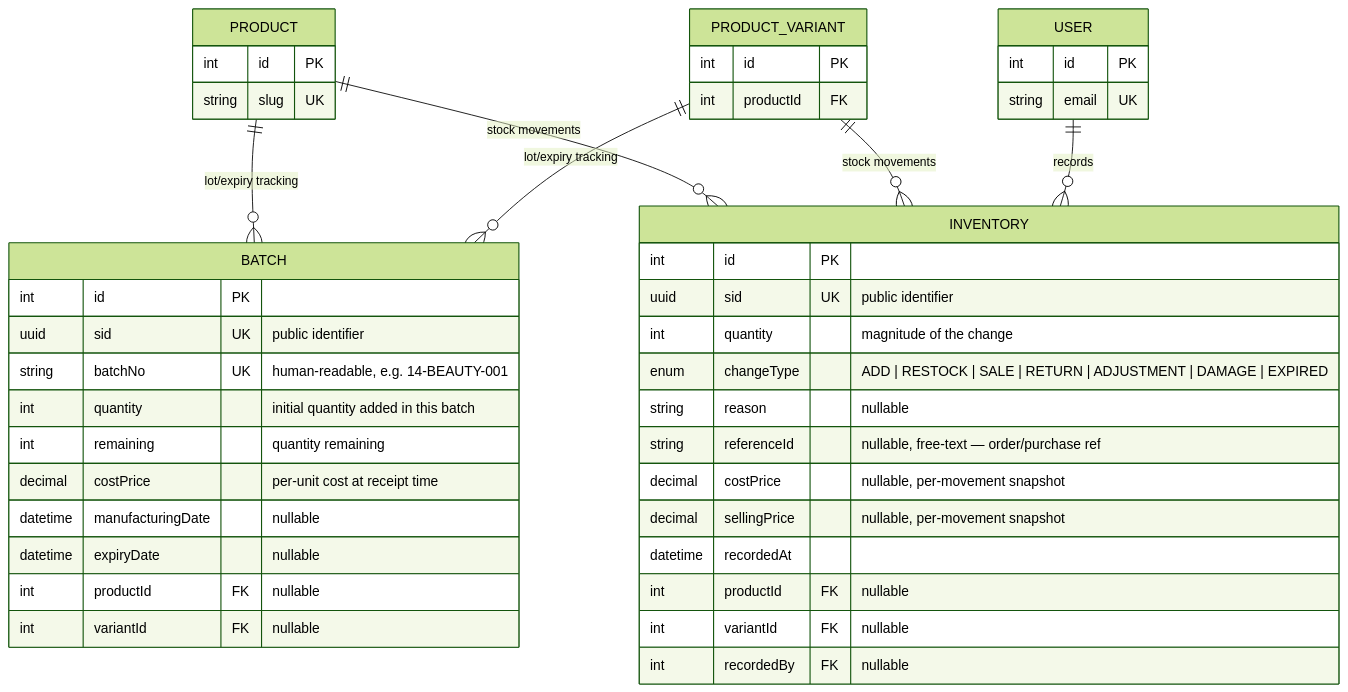
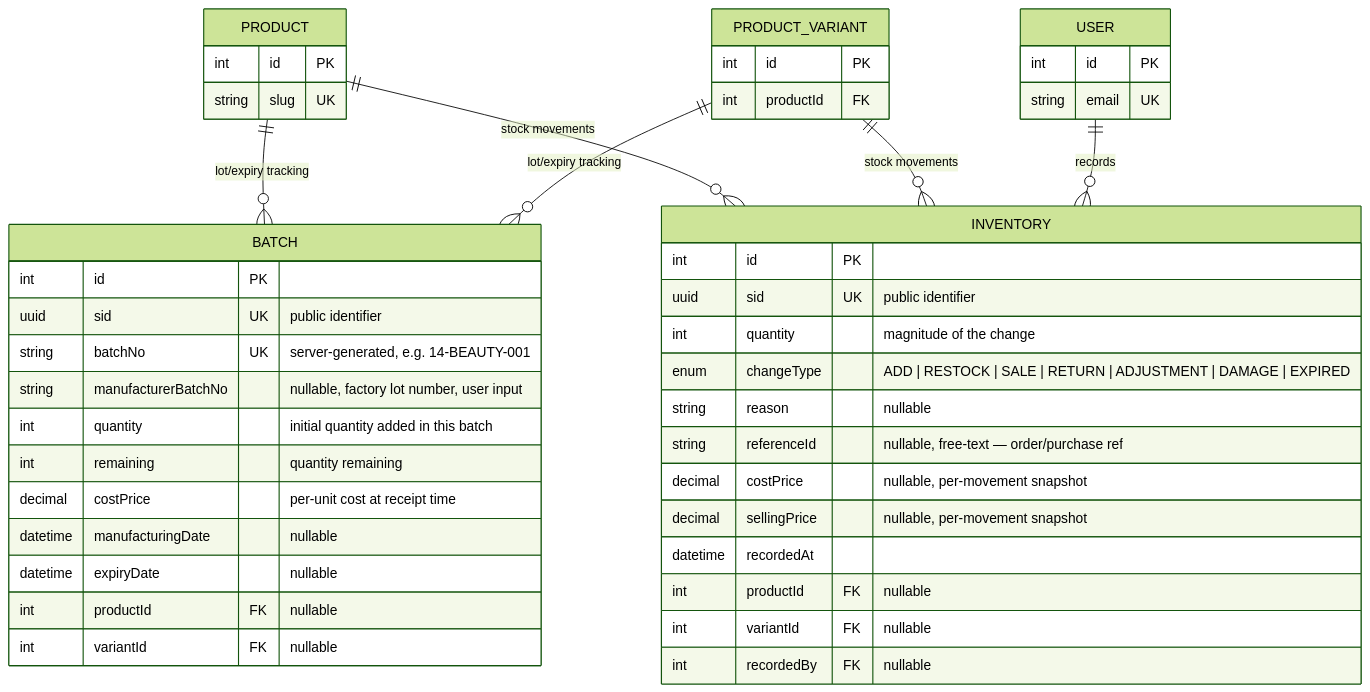
One commit to QuaziSamiha/thai-health-product-server changed the diagram in docs/inventory.md. Above: the diagram before and after it, drawn with Mermaid (forest theme). The commit also changed other lines of this file and 43 other files, not shown here.

````diff
--- a/docs/inventory.md
+++ b/docs/inventory.md
@@ -20,51 +20,52 @@
 ```mermaid
 erDiagram
     PRODUCT ||--o{ BATCH : "lot/expiry tracking"
     PRODUCT_VARIANT ||--o{ BATCH : "lot/expiry tracking"
     PRODUCT ||--o{ INVENTORY : "stock movements"
     PRODUCT_VARIANT ||--o{ INVENTORY : "stock movements"
     USER ||--o{ INVENTORY : "records"
 
     BATCH {
         int id PK
         uuid sid UK "public identifier"
-        string batchNo UK "human-readable, e.g. 14-BEAUTY-001"
+        string batchNo UK "server-generated, e.g. 14-BEAUTY-001"
+        string manufacturerBatchNo "nullable, factory lot number, user input"
         int quantity "initial quantity added in this batch"
         int remaining "quantity remaining"
         decimal costPrice "per-unit cost at receipt time"
         datetime manufacturingDate "nullable"
         datetime expiryDate "nullable"
         int productId FK "nullable"
         int variantId FK "nullable"
     }
 
     INVENTORY {
         int id PK
         uuid sid UK "public identifier"
         int quantity "magnitude of the change"
         enum changeType "ADD | RESTOCK | SALE | RETURN | ADJUSTMENT | DAMAGE | EXPIRED"
         string reason "nullable"
         string referenceId "nullable, free-text — order/purchase ref"
         decimal costPrice "nullable, per-movement snapshot"
         decimal sellingPrice "nullable, per-movement snapshot"
         datetime recordedAt
         int productId FK "nullable"
         int variantId FK "nullable"
         int recordedBy FK "nullable"
     }
 
     PRODUCT {
         int id PK
         string slug UK
     }
 
     PRODUCT_VARIANT {
         int id PK
         int productId FK
     }
 
     USER {
         int id PK
         string email UK
     }
 ```
````
